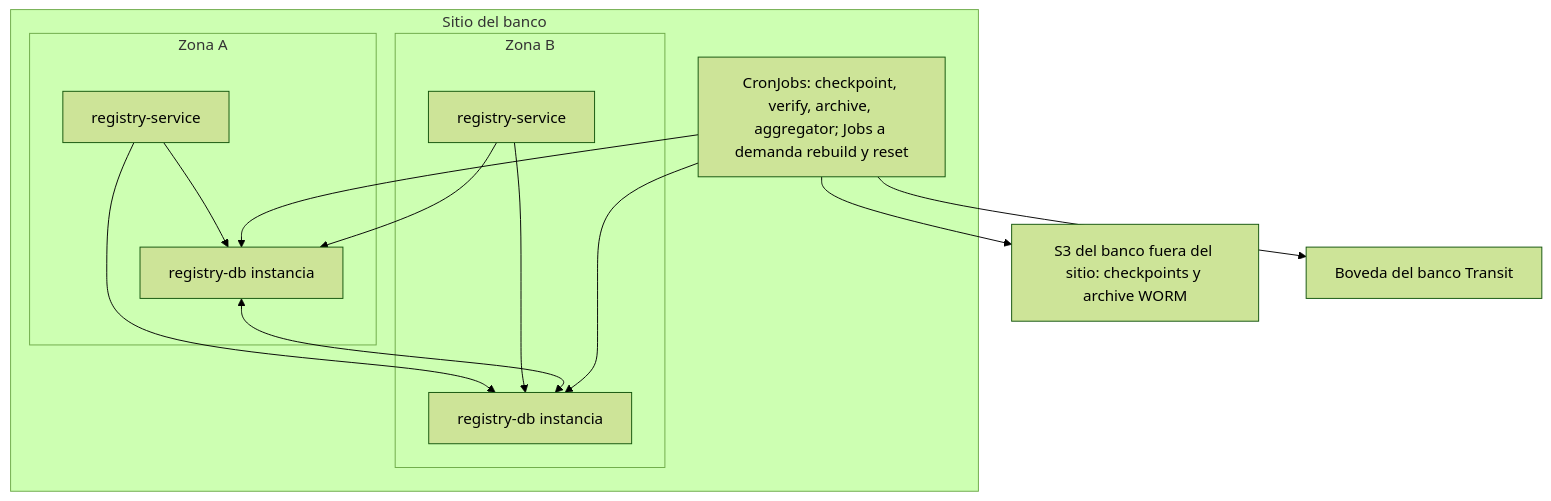
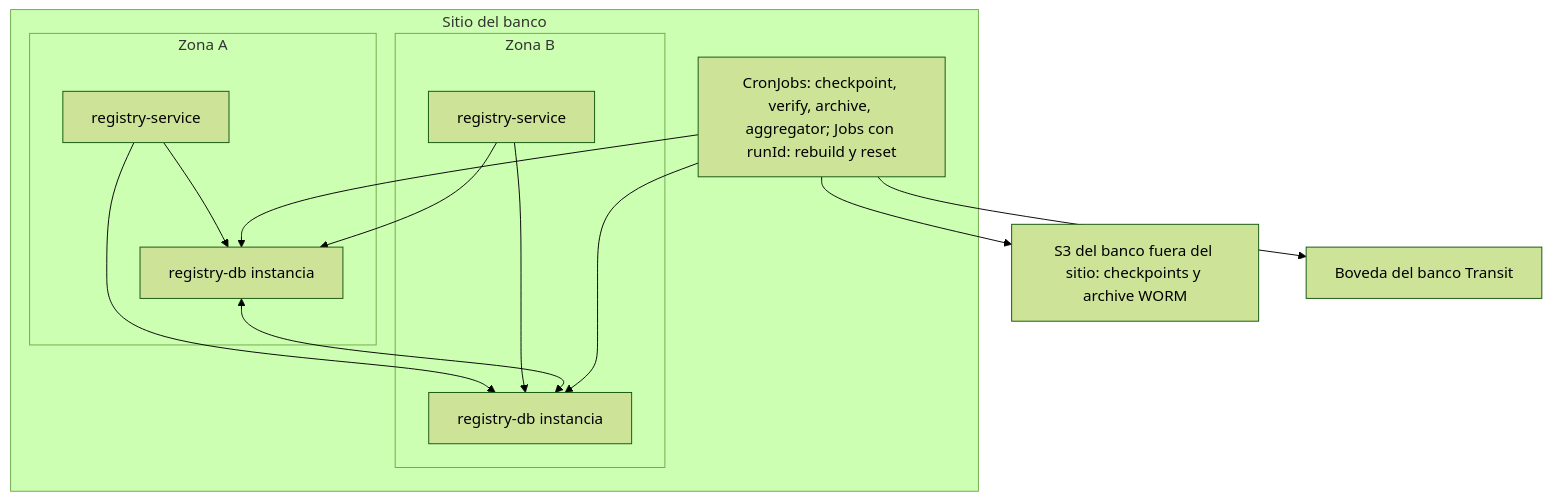
The diagram in vectra-risk/aidlc-docs/construction/decision-registry/infrastructure-design/deployment-architecture.md (jjlloobb/topicos-especiales-credito-de-vivienda), drawn with Mermaid (forest theme) before and after one commit. The commit also changed other lines of this file and 107 other files, not shown here.

````diff
--- a/vectra-risk/aidlc-docs/construction/decision-registry/infrastructure-design/deployment-architecture.md
+++ b/vectra-risk/aidlc-docs/construction/decision-registry/infrastructure-design/deployment-architecture.md
@@ -12,26 +12,26 @@
 ```mermaid
 flowchart TB
     subgraph site["Sitio del banco"]
         subgraph zoneA["Zona A"]
             svcA["registry-service"]
             pgA["registry-db instancia"]
         end
         subgraph zoneB["Zona B"]
             svcB["registry-service"]
             pgB["registry-db instancia"]
         end
-        jobs["CronJobs: checkpoint, verify, archive, aggregator; Jobs a demanda rebuild y reset"]
+        jobs["CronJobs: checkpoint, verify, archive, aggregator; Jobs con runId: rebuild y reset"]
     end
     s3["S3 del banco fuera del sitio: checkpoints y archive WORM"]
     vault["Boveda del banco Transit"]
 
     svcA --> pgA
     svcB --> pgA
     svcA --> pgB
     svcB --> pgB
     pgA <--> pgB
     jobs --> pgA
     jobs --> pgB
     jobs --> s3
     jobs --> vault
 ```
````
